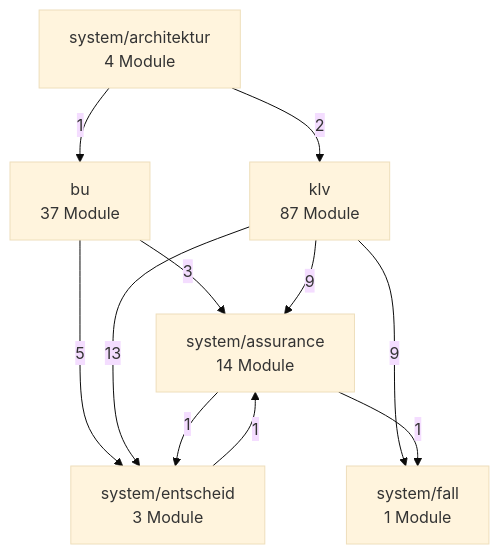
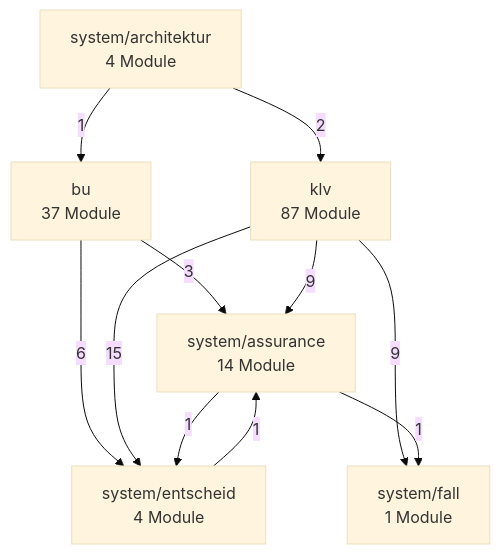
One commit to bartlmac/rechner-pipeline changed the second of 3 diagrams in docs/architektur/landkarte.md. Above: the diagram before and after it, drawn with Mermaid (base theme). The commit also changed other lines of this file and 4 other files, not shown here.

````diff
--- a/docs/architektur/landkarte.md
+++ b/docs/architektur/landkarte.md
@@ -78,20 +78,20 @@
 ```mermaid
 %% Fachknoten — erzeugt von ontologie.landkarte
 flowchart TD
     bu["bu<br/>37 Module"]
     klv["klv<br/>87 Module"]
     system_architektur["system/architektur<br/>4 Module"]
     system_assurance["system/assurance<br/>14 Module"]
-    system_entscheid["system/entscheid<br/>3 Module"]
+    system_entscheid["system/entscheid<br/>4 Module"]
     system_fall["system/fall<br/>1 Module"]
     bu -- 3 --> system_assurance
-    bu -- 5 --> system_entscheid
+    bu -- 6 --> system_entscheid
     klv -- 9 --> system_assurance
-    klv -- 13 --> system_entscheid
+    klv -- 15 --> system_entscheid
     klv -- 9 --> system_fall
     system_architektur -- 1 --> bu
     system_architektur -- 2 --> klv
     system_assurance -- 1 --> system_entscheid
     system_assurance -- 1 --> system_fall
     system_entscheid -- 1 --> system_assurance
 ```
````
